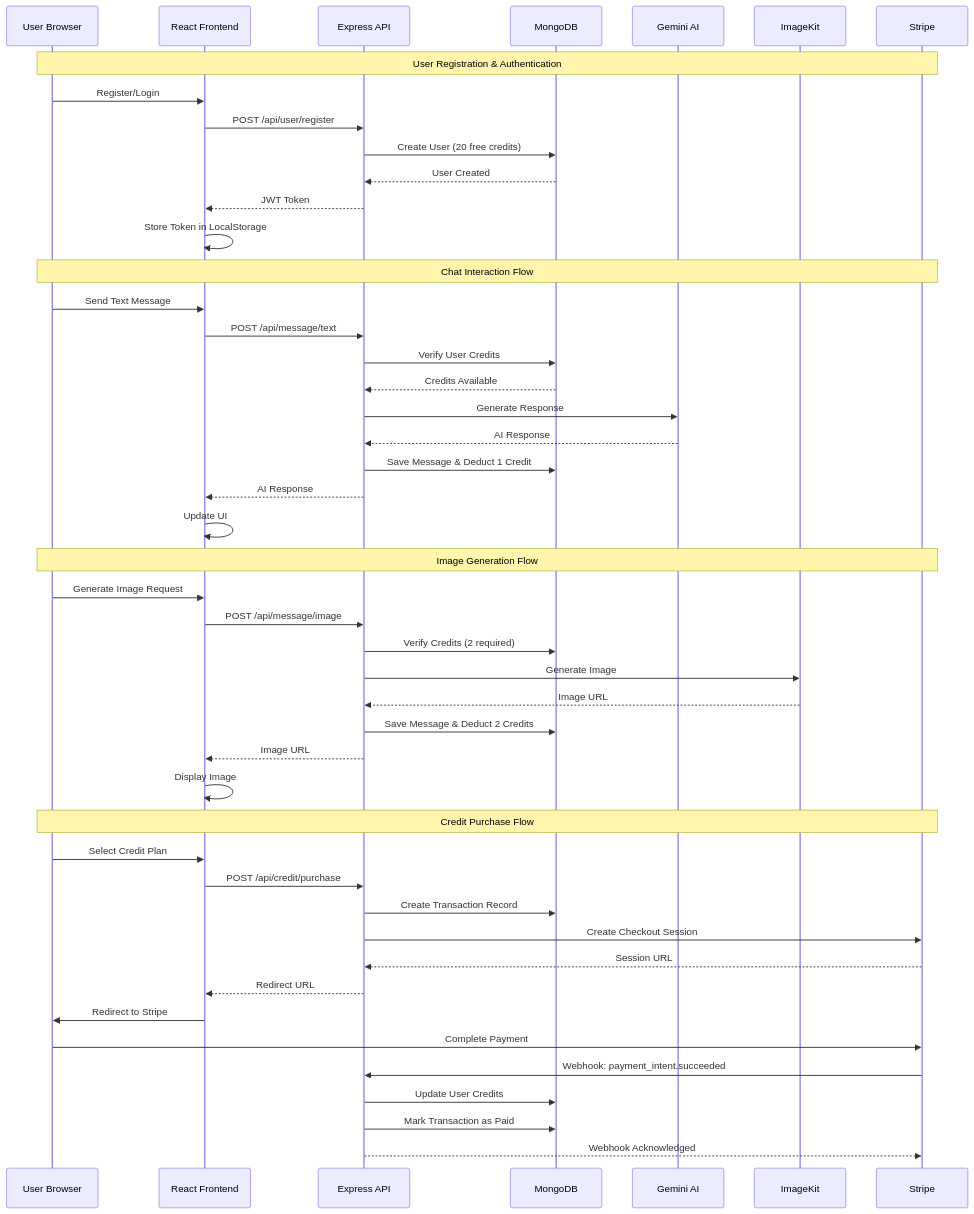
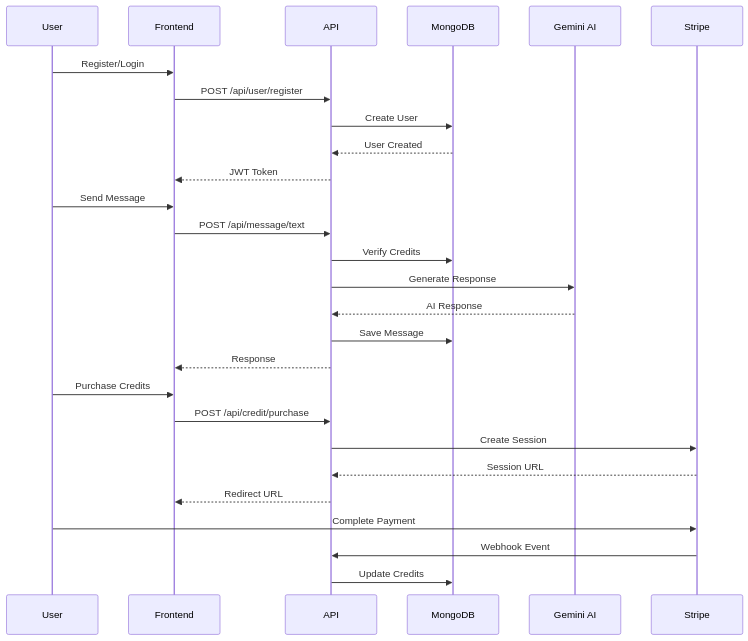
One commit to VIKRAMANR7/AuroraAI changed the second of 3 diagrams in README.md. Above: the diagram before and after it, drawn with Mermaid. The commit also changed other lines of this file and 17 other files, not shown here.

````diff
--- a/README.md
+++ b/README.md
@@ -186,53 +145,32 @@
 ```mermaid
 sequenceDiagram
-    participant U as User Browser
-    participant F as React Frontend
-    participant A as Express API
+    participant U as User
+    participant F as Frontend
+    participant A as API
     participant DB as MongoDB
     participant AI as Gemini AI
-    participant IK as ImageKit
     participant S as Stripe
 
-    Note over U,S: User Registration & Authentication
     U->>F: Register/Login
     F->>A: POST /api/user/register
-    A->>DB: Create User (20 free credits)
+    A->>DB: Create User
     DB-->>A: User Created
     A-->>F: JWT Token
-    F->>F: Store Token in LocalStorage
 
-    Note over U,S: Chat Interaction Flow
-    U->>F: Send Text Message
+    U->>F: Send Message
     F->>A: POST /api/message/text
-    A->>DB: Verify User Credits
-    DB-->>A: Credits Available
+    A->>DB: Verify Credits
     A->>AI: Generate Response
     AI-->>A: AI Response
-    A->>DB: Save Message & Deduct 1 Credit
-    A-->>F: AI Response
-    F->>F: Update UI
+    A->>DB: Save Message
+    A-->>F: Response
 
-    Note over U,S: Image Generation Flow
-    U->>F: Generate Image Request
-    F->>A: POST /api/message/image
-    A->>DB: Verify Credits (2 required)
-    A->>IK: Generate Image
-    IK-->>A: Image URL
-    A->>DB: Save Message & Deduct 2 Credits
-    A-->>F: Image URL
-    F->>F: Display Image
-
-    Note over U,S: Credit Purchase Flow
-    U->>F: Select Credit Plan
+    U->>F: Purchase Credits
     F->>A: POST /api/credit/purchase
-    A->>DB: Create Transaction Record
-    A->>S: Create Checkout Session
+    A->>S: Create Session
     S-->>A: Session URL
     A-->>F: Redirect URL
-    F->>U: Redirect to Stripe
     U->>S: Complete Payment
-    S->>A: Webhook: payment_intent.succeeded
-    A->>DB: Update User Credits
-    A->>DB: Mark Transaction as Paid
-    A-->>S: Webhook Acknowledged
+    S->>A: Webhook Event
+    A->>DB: Update Credits
 ```
````
